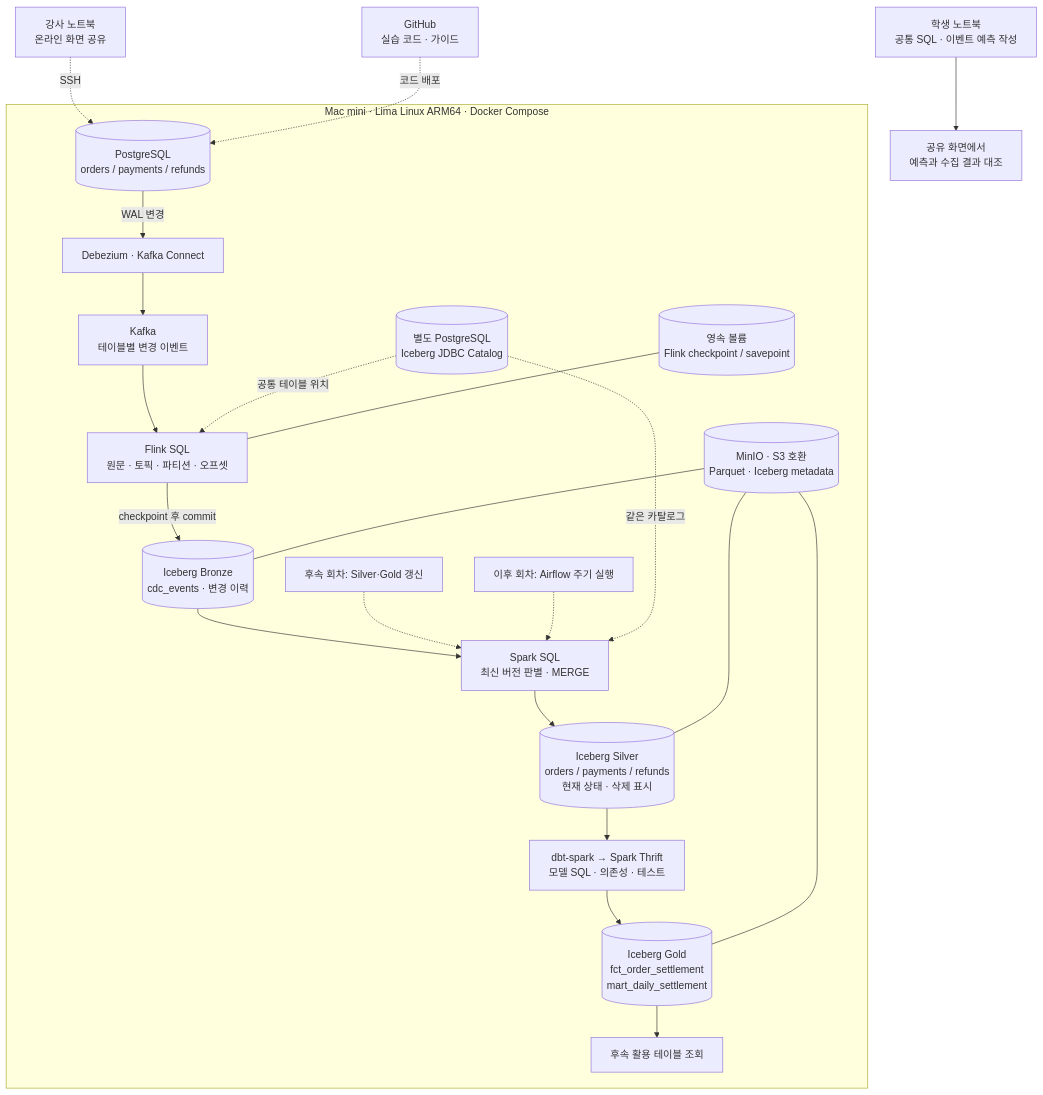
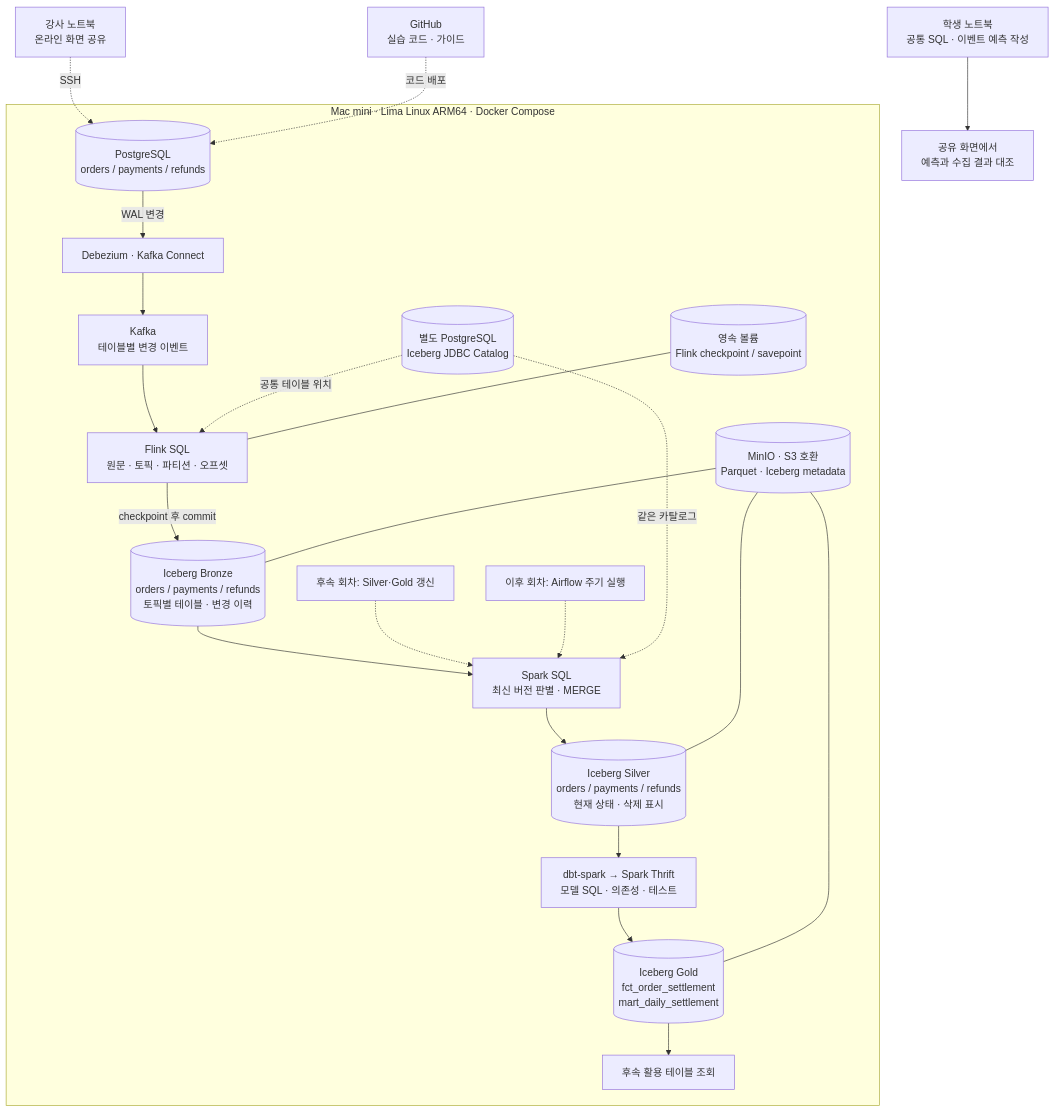
The first of 2 diagrams in labs/session01/architecture.md (kim-dabin/cdc-lakehouse-study), drawn with Mermaid before and after one commit. The commit also changed other lines of this file and 8 other files, not shown here.

````diff
--- a/labs/session01/architecture.md
+++ b/labs/session01/architecture.md
@@ -19,25 +19,25 @@
 ```mermaid
 flowchart TB
   student[학생 노트북<br/>공통 SQL · 이벤트 예측 작성] --> comparison[공유 화면에서<br/>예측과 수집 결과 대조]
   teacher[강사 노트북<br/>온라인 화면 공유] -. SSH .-> pg
   repo[GitHub<br/>실습 코드 · 가이드] -. 코드 배포 .-> pg
   subgraph mini[Mac mini · Lima Linux ARM64 · Docker Compose]
     pg[(PostgreSQL<br/>orders / payments / refunds)] -->|WAL 변경| debezium[Debezium · Kafka Connect]
     debezium --> kafka[Kafka<br/>테이블별 변경 이벤트]
     kafka --> flink[Flink SQL<br/>원문 · 토픽 · 파티션 · 오프셋]
-    flink -->|checkpoint 후 commit| bronze[(Iceberg Bronze<br/>cdc_events · 변경 이력)]
+    flink -->|checkpoint 후 commit| bronze[(Iceberg Bronze<br/>orders / payments / refunds<br/>토픽별 테이블 · 변경 이력)]
     bronze --> spark[Spark SQL<br/>최신 버전 판별 · MERGE]
     spark --> silver[(Iceberg Silver<br/>orders / payments / refunds<br/>현재 상태 · 삭제 표시)]
     silver --> dbt[dbt-spark → Spark Thrift<br/>모델 SQL · 의존성 · 테스트]
     dbt --> gold[(Iceberg Gold<br/>fct_order_settlement<br/>mart_daily_settlement)]
     gold --> result[후속 활용 테이블 조회]
     manual[후속 회차: Silver·Gold 갱신] -.-> spark
     airflow[이후 회차: Airflow 주기 실행] -.-> spark
     catalog[(별도 PostgreSQL<br/>Iceberg JDBC Catalog)] -. 공통 테이블 위치 .-> flink
     catalog -. 같은 카탈로그 .-> spark
     objectstore[(MinIO · S3 호환<br/>Parquet · Iceberg metadata)] --- bronze
     objectstore --- silver
     objectstore --- gold
     checkpoint[(영속 볼륨<br/>Flink checkpoint / savepoint)] --- flink
   end
 ```
````
